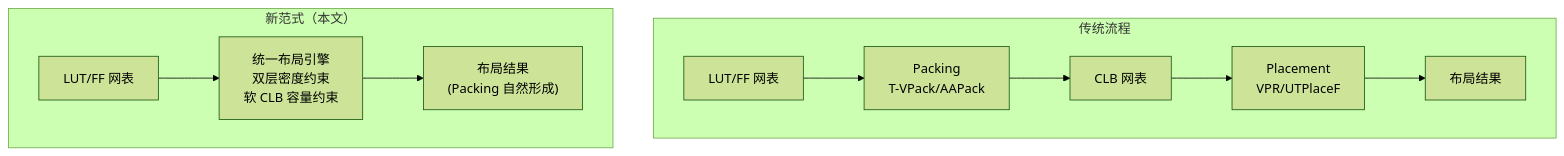
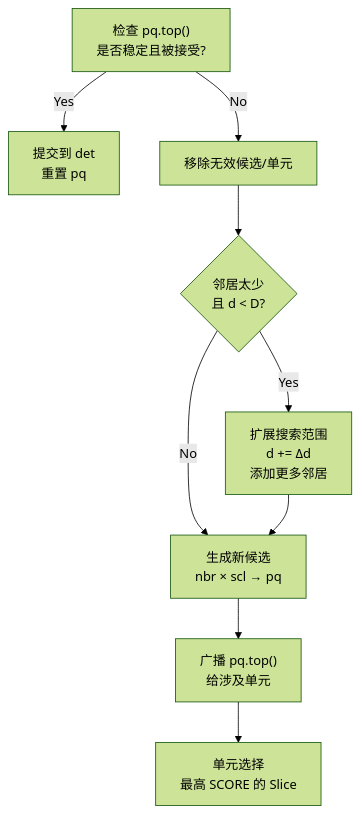
The second of 3 diagrams in paper_analysis/day4_FPGA_Placement_No_Packing.md (Xinyu-lumos/EDA-paper-analysis), drawn with Mermaid (forest theme) before and after one commit. The commit also changed other lines of this file, not shown here.

First line of the commit message:
docs: rewrite Day 4 FPGA placement analysis based on full paper

````diff
--- a/paper_analysis/day4_FPGA_Placement_No_Packing.md
+++ b/paper_analysis/day4_FPGA_Placement_No_Packing.md
@@ -166,13 +263,11 @@
 ```mermaid
 graph TD
-    subgraph Traditional["传统流程"]
-        T1["LUT/FF 网表"] --> T2["Packing<br/>T-VPack/AAPack"]
-        T2 --> T3["CLB 网表"]
-        T3 --> T4["Placement<br/>VPR/UTPlaceF"]
-        T4 --> T5["布局结果"]
-    end
-    subgraph Proposed["新范式（本文）"]
-        P1["LUT/FF 网表"] --> P2["统一布局引擎<br/>双层密度约束<br/>软 CLB 容量约束"]
-        P2 --> P3["布局结果<br/>(Packing 自然形成)"]
-    end
+    A["检查 pq.top()<br/>是否稳定且被接受?"] -->|Yes| B["提交到 det<br/>重置 pq"]
+    A -->|No| C["移除无效候选/单元"]
+    C --> D{"邻居太少<br/>且 d < D?"}
+    D -->|Yes| E["扩展搜索范围<br/>d += Δd<br/>添加更多邻居"]
+    D -->|No| F["生成新候选<br/>nbr × scl → pq"]
+    E --> F
+    F --> G["广播 pq.top()<br/>给涉及单元"]
+    G --> H["单元选择<br/>最高 SCORE 的 Slice"]
 ```
````
